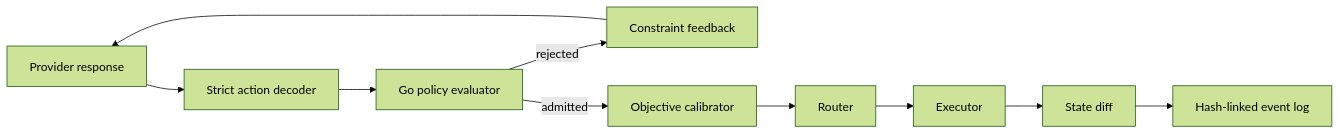
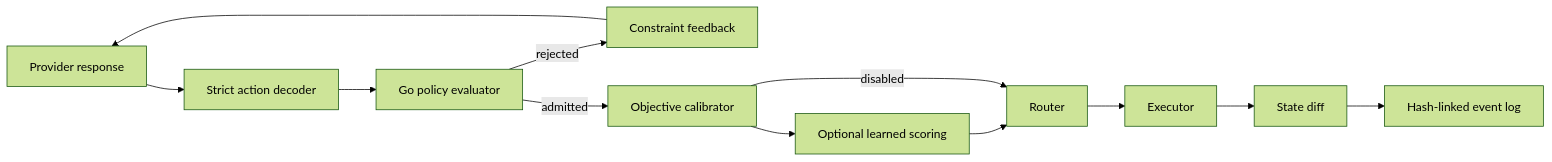
One commit to darshgarg7/Bouncer changed the diagram in docs/DEVELOPMENT.md. Above: the diagram before and after it, drawn with Mermaid (forest theme). The commit also changed other lines of this file and 28 other files, not shown here.

````diff
--- a/docs/DEVELOPMENT.md
+++ b/docs/DEVELOPMENT.md
@@ -20,12 +21,14 @@
 ```mermaid
 flowchart LR
     A["Provider response"] --> B["Strict action decoder"]
     B --> C["Go policy evaluator"]
     C -->|"rejected"| F["Constraint feedback"]
     F --> A
     C -->|"admitted"| K["Objective calibrator"]
-    K --> D["Router"]
+    K --> ML["Optional learned scoring"]
+    ML --> D["Router"]
+    K -->|"disabled"| D
     D --> E["Executor"]
     E --> G["State diff"]
     G --> H["Hash-linked event log"]
 ```
````
